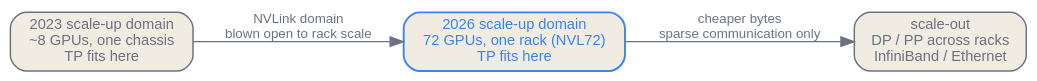
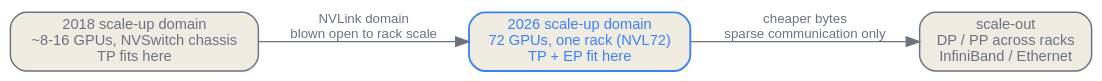
Before and after one commit to latere-ai/ai-as-an-infrastructure: the second of 4 diagrams in en/p11-frontiers/45-the-compute-frontier.qmd, drawn with Graphviz. The commit also changed other lines of this file and 3 other files, not shown here.

````diff
--- a/en/p11-frontiers/45-the-compute-frontier.qmd
+++ b/en/p11-frontiers/45-the-compute-frontier.qmd
@@ -103,17 +128,17 @@
 ```{dot}
 //| label: fig-compute-frontier-domain
-//| fig-cap: "The scale-up domain that @sec-accelerators-networking pinned to a node has expanded to a rack. The most bandwidth-hungry parallelism axis can now span 72 accelerators inside one coherent fabric, where before it spanned roughly 8."
+//| fig-cap: "The scale-up domain that @sec-accelerators-networking pinned to a node has expanded to a rack. The most bandwidth-hungry parallelism axis can now span 72 accelerators inside one coherent fabric, where before it spanned roughly 8; beyond the domain edge, only sparse communication can afford the slower fabric."
 digraph scaleup {
   rankdir=LR;
   bgcolor="transparent";
   node [shape=box, style="rounded,filled", fontname="Helvetica", fontsize=11, color="#6b7280", fontcolor="#6b7280", fillcolor="#f1ece1", penwidth=1.1];
   edge [fontname="Helvetica", fontsize=10, color="#6b7280", fontcolor="#6b7280"];
 
-  old [label="2023 scale-up domain\n~8 GPUs, one chassis\nTP fits here"];
-  new [label="2026 scale-up domain\n72 GPUs, one rack (NVL72)\nTP fits here", color="#3b82f6", fontcolor="#3b82f6", penwidth=1.4];
+  old [label="2018 scale-up domain\n~8-16 GPUs, NVSwitch chassis\nTP fits here"];
+  new [label="2026 scale-up domain\n72 GPUs, one rack (NVL72)\nTP + EP fit here", color="#3b82f6", fontcolor="#3b82f6", penwidth=1.4];
   out [label="scale-out\nDP / PP across racks\nInfiniBand / Ethernet"];
 
   old -> new [label="NVLink domain\nblown open to rack scale"];
   new -> out [label="cheaper bytes\nsparse communication only"];
 }
 ```
````
